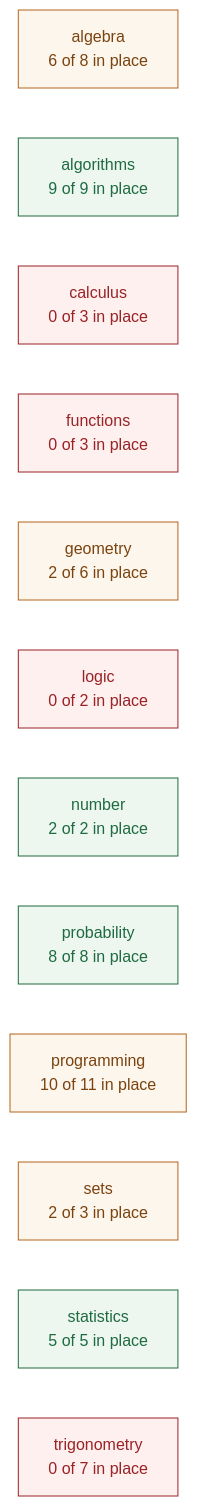
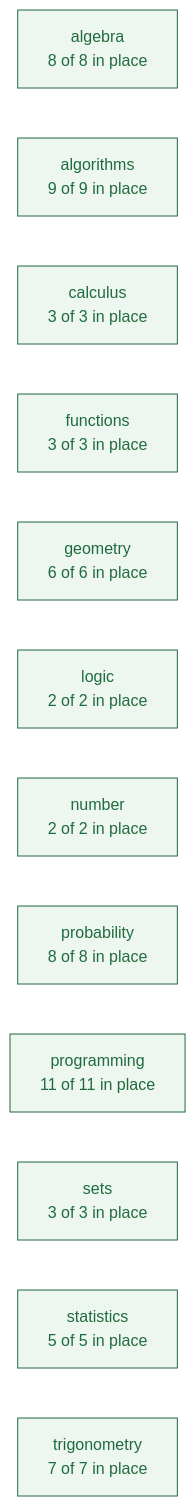
The first of 3 diagrams in planning/CURRICULUM_MAP.md (deweydex/dewlab), drawn with Mermaid (forest theme) before and after one commit. The commit also changed other lines of this file and 20 other files, not shown here.

````diff
--- a/planning/CURRICULUM_MAP.md
+++ b/planning/CURRICULUM_MAP.md
@@ -44,22 +44,20 @@
 ```mermaid
 graph LR
-  algebra["algebra<br/>6 of 8 in place"]
+  algebra["algebra<br/>8 of 8 in place"]
   algorithms["algorithms<br/>9 of 9 in place"]
-  calculus["calculus<br/>0 of 3 in place"]
-  functions["functions<br/>0 of 3 in place"]
-  geometry["geometry<br/>2 of 6 in place"]
-  logic["logic<br/>0 of 2 in place"]
+  calculus["calculus<br/>3 of 3 in place"]
+  functions["functions<br/>3 of 3 in place"]
+  geometry["geometry<br/>6 of 6 in place"]
+  logic["logic<br/>2 of 2 in place"]
   number["number<br/>2 of 2 in place"]
   probability["probability<br/>8 of 8 in place"]
-  programming["programming<br/>10 of 11 in place"]
-  sets["sets<br/>2 of 3 in place"]
+  programming["programming<br/>11 of 11 in place"]
+  sets["sets<br/>3 of 3 in place"]
   statistics["statistics<br/>5 of 5 in place"]
-  trigonometry["trigonometry<br/>0 of 7 in place"]
+  trigonometry["trigonometry<br/>7 of 7 in place"]
 
   classDef full fill:#edf7f0,stroke:#1f6b3f,color:#1f6b3f;
   classDef part fill:#fdf6ec,stroke:#b5651d,color:#7a4310;
   classDef none fill:#fdf0ef,stroke:#9b2226,color:#9b2226;
-  class algorithms,number,probability,statistics full;
-  class algebra,geometry,programming,sets part;
-  class calculus,functions,logic,trigonometry none;
+  class algebra,algorithms,calculus,functions,geometry,logic,number,probability,programming,sets,statistics,trigonometry full;
 ```
````
